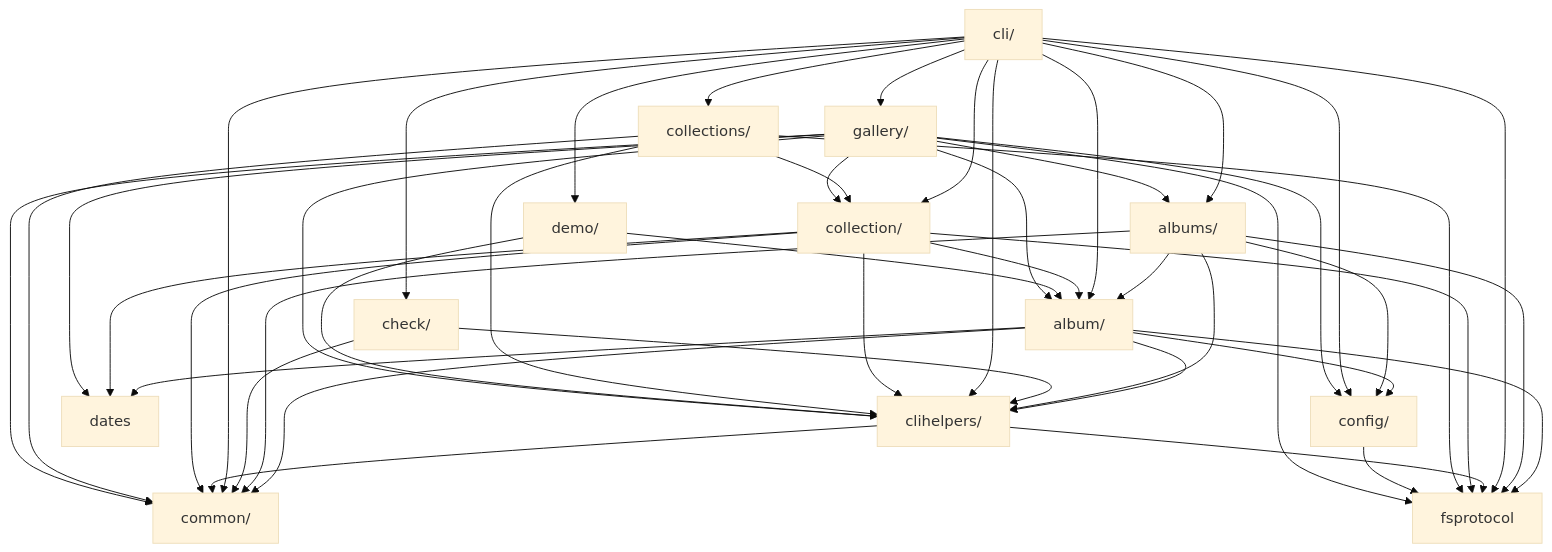
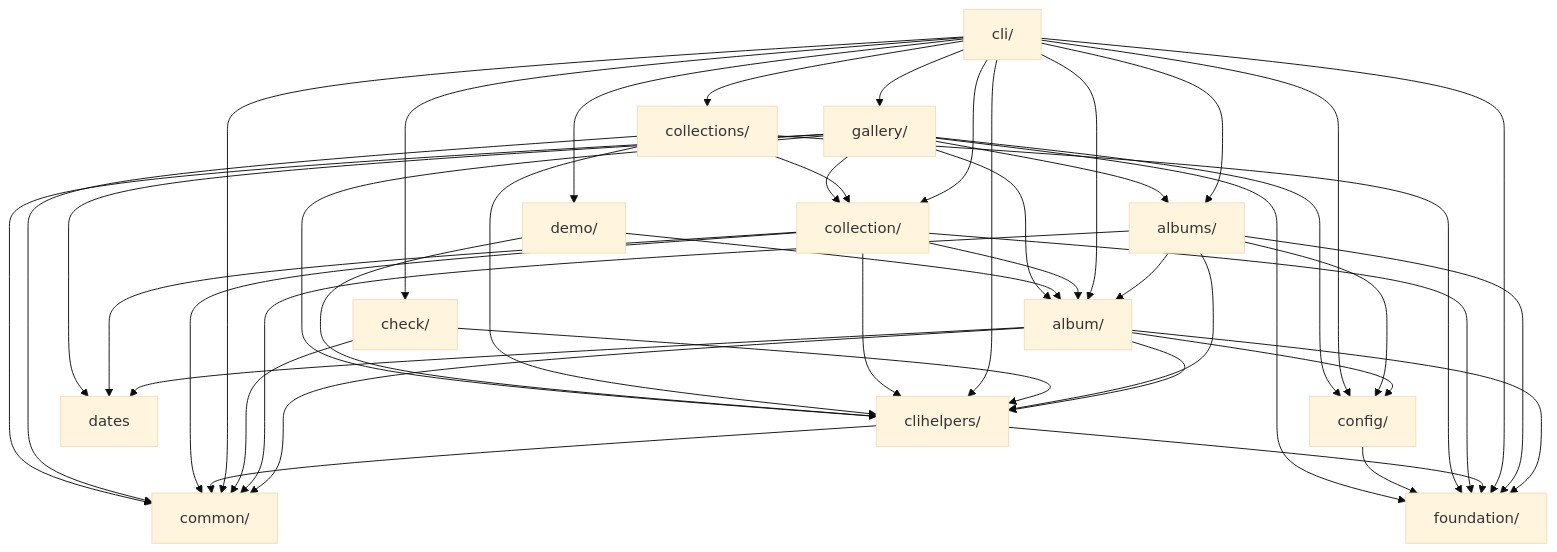
The diagram in docs/architecture.md (iglootools/photree), drawn with Mermaid (base theme) before and after one commit. The commit also changed other lines of this file and 111 other files, not shown here.

First line of the commit message:
refactor: split fsprotocol into a foundation package

````diff
--- a/docs/architecture.md
+++ b/docs/architecture.md
@@ -31,62 +39,62 @@
 ```mermaid
 graph TD
     album["album/"]
     albums["albums/"]
     check["check/"]
     cli["cli/"]
     clihelpers["clihelpers/"]
     collection["collection/"]
     collections["collections/"]
     common["common/"]
     config["config/"]
     dates["dates"]
     demo["demo/"]
-    fsprotocol["fsprotocol"]
+    foundation["foundation/"]
     gallery["gallery/"]
 
     album --> clihelpers
     album --> common
     album --> config
     album --> dates
-    album --> fsprotocol
+    album --> foundation
     albums --> album
     albums --> clihelpers
     albums --> common
     albums --> config
-    albums --> fsprotocol
+    albums --> foundation
     check --> clihelpers
     check --> common
     cli --> album
     cli --> albums
     cli --> check
     cli --> clihelpers
     cli --> collection
     cli --> collections
     cli --> common
     cli --> config
     cli --> demo
-    cli --> fsprotocol
+    cli --> foundation
     cli --> gallery
     clihelpers --> common
-    clihelpers --> fsprotocol
+    clihelpers --> foundation
     collection --> album
     collection --> clihelpers
     collection --> common
     collection --> dates
-    collection --> fsprotocol
+    collection --> foundation
     collections --> clihelpers
     collections --> collection
     collections --> common
-    collections --> fsprotocol
-    config --> fsprotocol
+    collections --> foundation
+    config --> foundation
     demo --> album
     demo --> clihelpers
     gallery --> album
     gallery --> albums
     gallery --> clihelpers
     gallery --> collection
     gallery --> common
     gallery --> config
     gallery --> dates
-    gallery --> fsprotocol
+    gallery --> foundation
 ```
````
